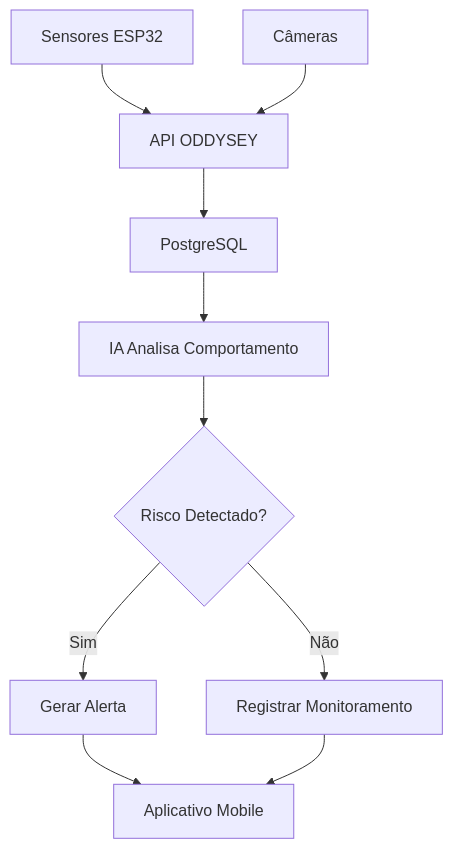
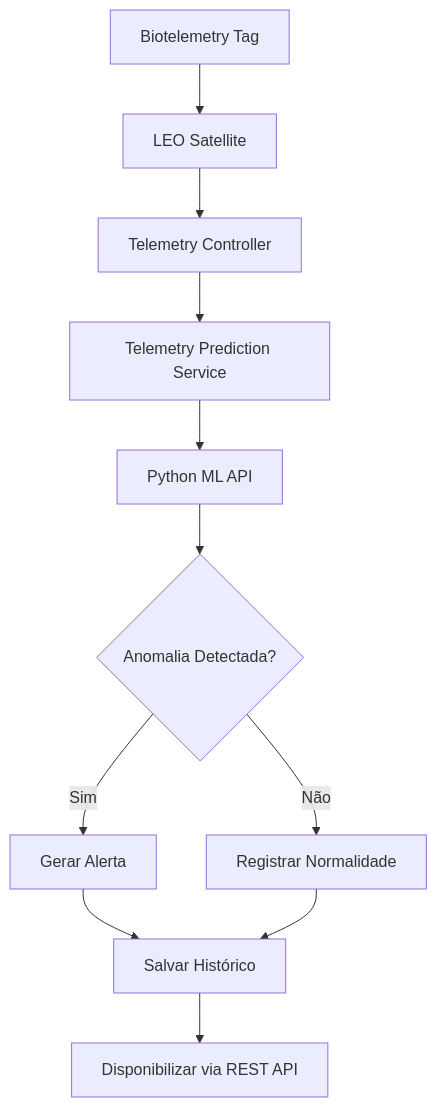
One commit to MuriloCngp/Projeto8-1ESPG changed the second of 4 diagrams in README.md. Above: the diagram before and after it, drawn with Mermaid. The commit also changed other lines of this file, not shown here.

````diff
--- a/README.md
+++ b/README.md
@@ -107,25 +127,24 @@
 ```mermaid
 flowchart TD
 
-A[Sensores ESP32]
+A[Biotelemetry Tag]
+--> B[LEO Satellite]
 
-B[Câmeras]
+B --> C[Telemetry Controller]
 
-A --> C[API ODDYSEY]
+C --> D[Telemetry Prediction Service]
 
-B --> C
+D --> E[Python ML API]
 
-C --> D[PostgreSQL]
-
-D --> E[IA Analisa Comportamento]
-
-E --> F{Risco Detectado?}
+E --> F{Anomalia Detectada?}
 
 F -->|Sim| G[Gerar Alerta]
 
-F -->|Não| H[Registrar Monitoramento]
+F -->|Não| H[Registrar Normalidade]
 
-G --> I[Aplicativo Mobile]
+G --> I[Salvar Histórico]
 
 H --> I
+
+I --> J[Disponibilizar via REST API]
 ```
````
